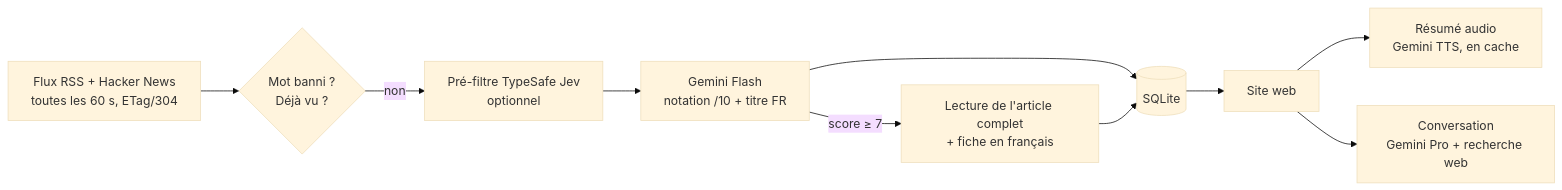
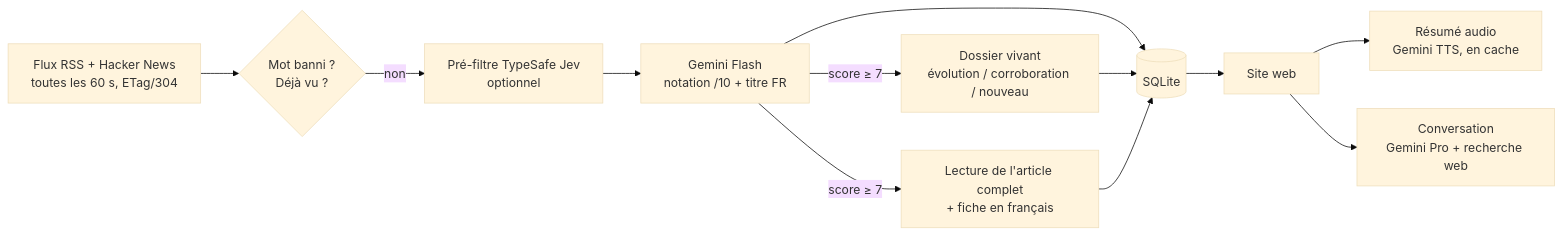
One commit to MaximeZoppini/Xena-Newsletter changed the diagram in README.md. Above: the diagram before and after it, drawn with Mermaid (base theme). The commit also changed other lines of this file and 8 other files, not shown here.

````diff
--- a/README.md
+++ b/README.md
@@ -11,12 +12,14 @@
 ```mermaid
 flowchart LR
     F[Flux RSS + Hacker News\ntoutes les 60 s, ETag/304] --> K{Mot banni ?\nDéjà vu ?}
     K -- non --> J[Pré-filtre TypeSafe Jev\noptionnel]
     J --> G[Gemini Flash\nnotation /10 + titre FR]
     G --> DB[(SQLite)]
+    G -- score ≥ 7 --> T[Dossier vivant\névolution / corroboration / nouveau]
+    T --> DB
     G -- score ≥ 7 --> B[Lecture de l'article complet\n+ fiche en français]
     B --> DB
     DB --> W[Site web]
     W --> A[Résumé audio\nGemini TTS, en cache]
     W --> C[Conversation\nGemini Pro + recherche web]
 ```
````
